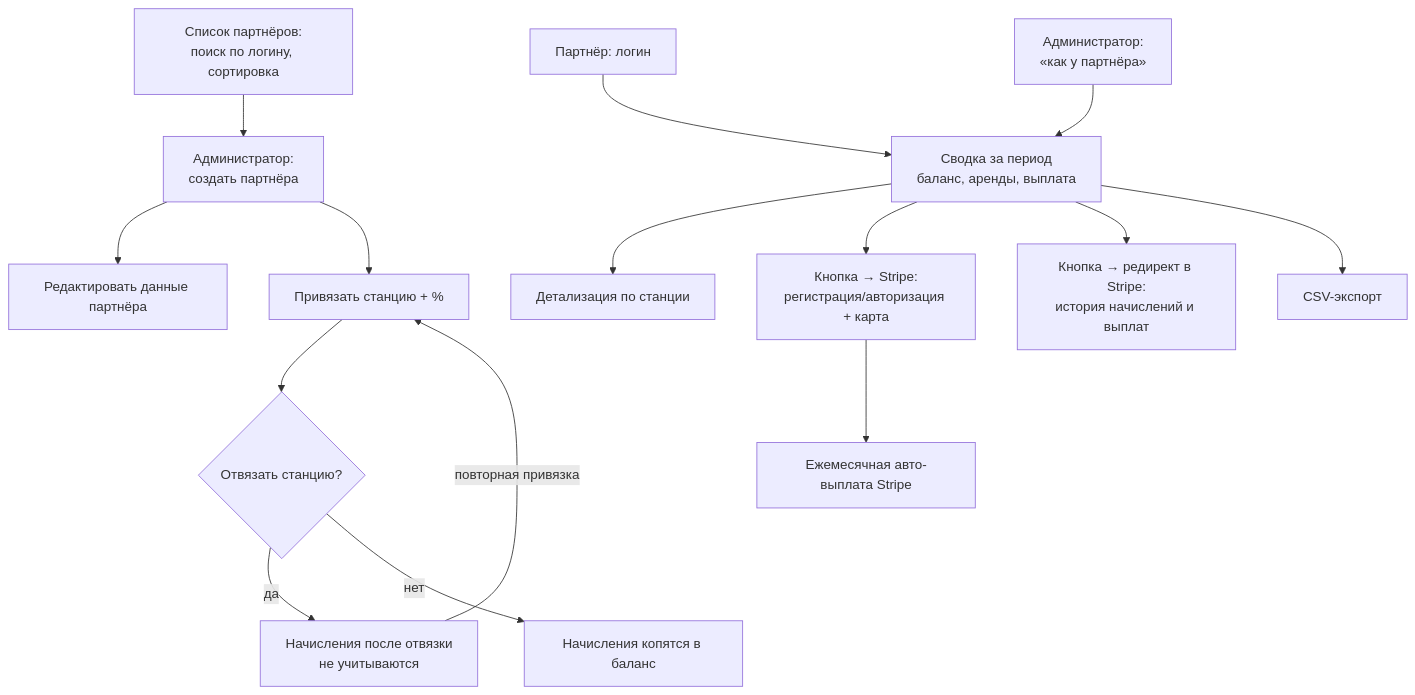
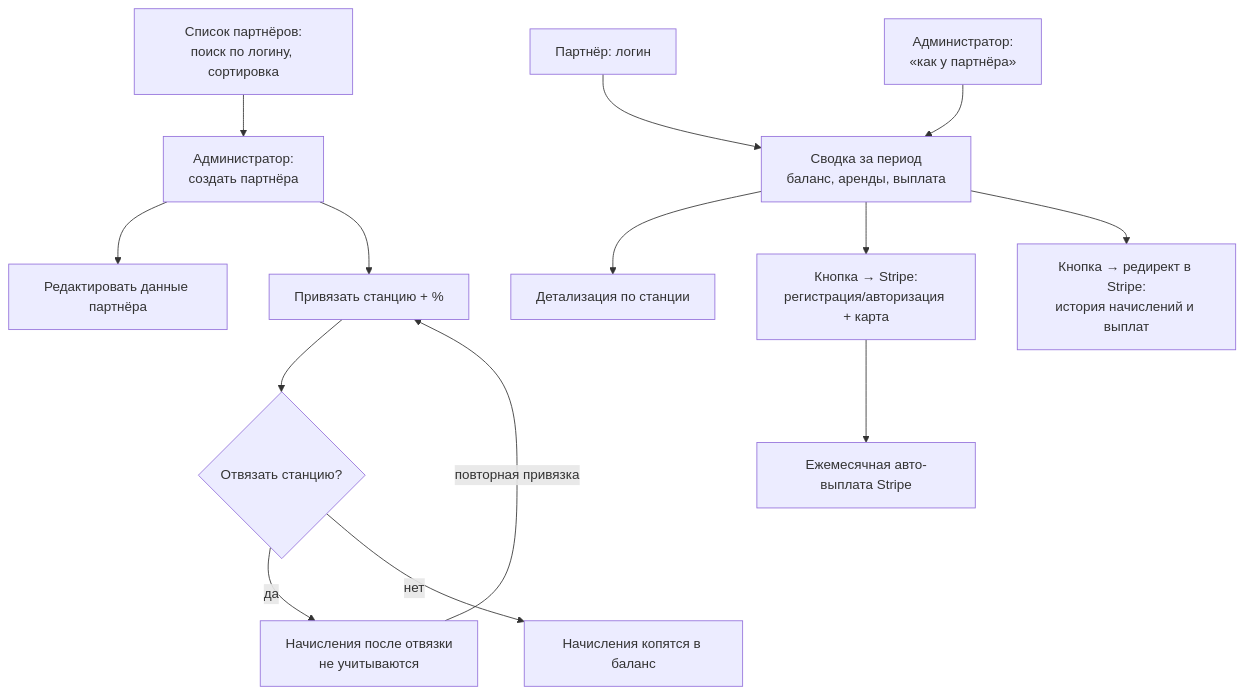
The first of 2 diagrams in gozap-documentation/sa/docs/partners/partner-program/diagrams/overview.md (yatsin11-gif/example), drawn with Mermaid before and after one commit. The commit also changed 7 other files, not shown here.

````diff
--- a/gozap-documentation/sa/docs/partners/partner-program/diagrams/overview.md
+++ b/gozap-documentation/sa/docs/partners/partner-program/diagrams/overview.md
@@ -7,17 +7,16 @@
 ```mermaid
 flowchart TD
     A0[Список партнёров:<br/>поиск по логину, сортировка] --> A1[Администратор:<br/>создать партнёра]
     A1 --> A1B[Редактировать данные партнёра]
     A1 --> A2[Привязать станцию + %]
     A2 --> A3{Отвязать станцию?}
     A3 -->|да| A4[Начисления после отвязки<br/>не учитываются]
     A3 -->|нет| A5[Начисления копятся в баланс]
     A4 -->|повторная привязка| A2
     P1[Партнёр: логин] --> P2[Сводка за период<br/>баланс, аренды, выплата]
     P2 --> P3[Детализация по станции]
     P2 --> P4[Кнопка → Stripe:<br/>регистрация/авторизация + карта]
     P4 --> P5[Ежемесячная авто-выплата Stripe]
     P2 --> P7[Кнопка → редирект в Stripe:<br/>история начислений и выплат]
-    P2 --> P6[CSV-экспорт]
     A6[Администратор:<br/>«как у партнёра»] --> P2
 ```
````
